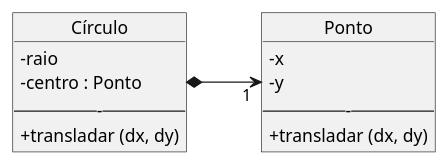
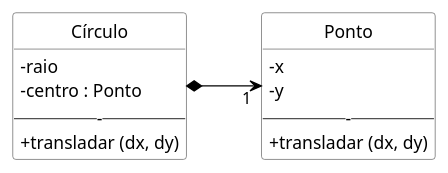
One commit to kyriosdata/oo changed the diagram in imagens/modelos-02/mod02ima04/mod02ima04.plantuml. Above: the diagram before and after it, drawn with PlantUML. The commit also changed 26 other files, not shown here.

```diff
--- a/imagens/modelos-02/mod02ima04/mod02ima04.plantuml
+++ b/imagens/modelos-02/mod02ima04/mod02ima04.plantuml
@@ -1,15 +1,24 @@
 @startuml mod02ima04
+hide circle
+hide methods
+hide empty members
+
+skinparam class {
+    BackgroundColor White
+    ArrowColor Black
+    BorderColor #505050
+}
 skinparam classAttributeIconSize 0
-object "Círculo" as ce
-object "Ponto" as po
+class "Círculo" as ce
+class "Ponto" as po
 left to right direction
 ce : - raio
 ce : - centro : Ponto
 ce : -----
 ce : + transladar (dx, dy)
 po : - x
 po : - y
 po : -----
 po : + transladar (dx, dy)
 ce *--> "1"po
 @enduml
```
